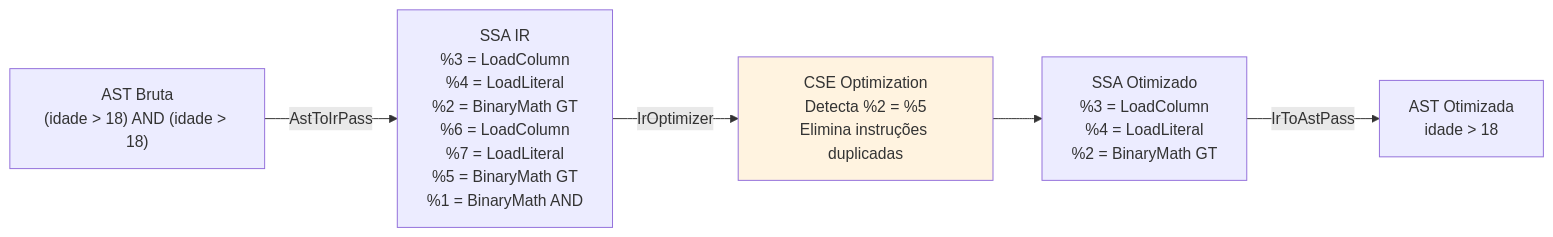
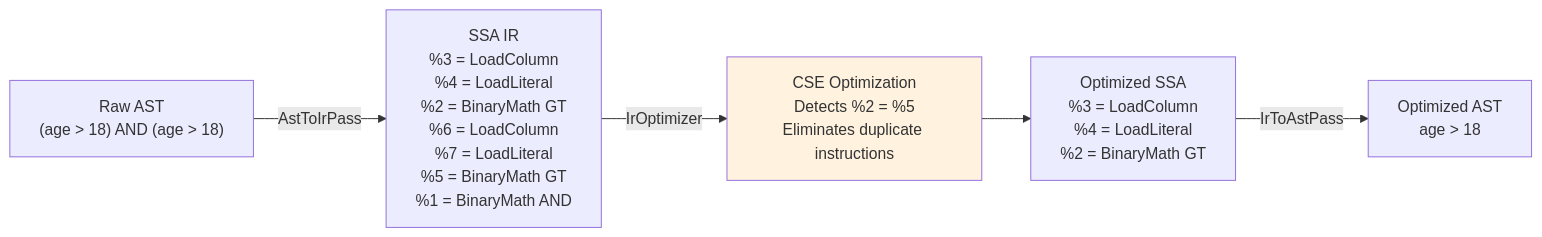
The third of 15 diagrams in DOCUMENTACAO.md (Bare-Sql-Engine/bare-sql-java), drawn with Mermaid before and after one commit. The commit also changed other lines of this file and 1 other file, not shown here.

````diff
--- a/DOCUMENTACAO.md
+++ b/DOCUMENTACAO.md
@@ -144,15 +144,15 @@
 ```mermaid
 graph LR
-    A["AST Bruta<br/>(idade > 18) AND (idade > 18)"]
+    A["Raw AST<br/>(age > 18) AND (age > 18)"]
     B["SSA IR<br/>%3 = LoadColumn<br/>%4 = LoadLiteral<br/>%2 = BinaryMath GT<br/>%6 = LoadColumn<br/>%7 = LoadLiteral<br/>%5 = BinaryMath GT<br/>%1 = BinaryMath AND"]
-    C["CSE Optimization<br/>Detecta %2 = %5<br/>Elimina instruções duplicadas"]
-    D["SSA Otimizado<br/>%3 = LoadColumn<br/>%4 = LoadLiteral<br/>%2 = BinaryMath GT"]
-    E["AST Otimizada<br/>idade > 18"]
+    C["CSE Optimization<br/>Detects %2 = %5<br/>Eliminates duplicate instructions"]
+    D["Optimized SSA<br/>%3 = LoadColumn<br/>%4 = LoadLiteral<br/>%2 = BinaryMath GT"]
+    E["Optimized AST<br/>age > 18"]
     
     A -->|AstToIrPass| B
     B -->|IrOptimizer| C
     C --> D
     D -->|IrToAstPass| E
     
     style C fill:#fff3e0
 ```
````
